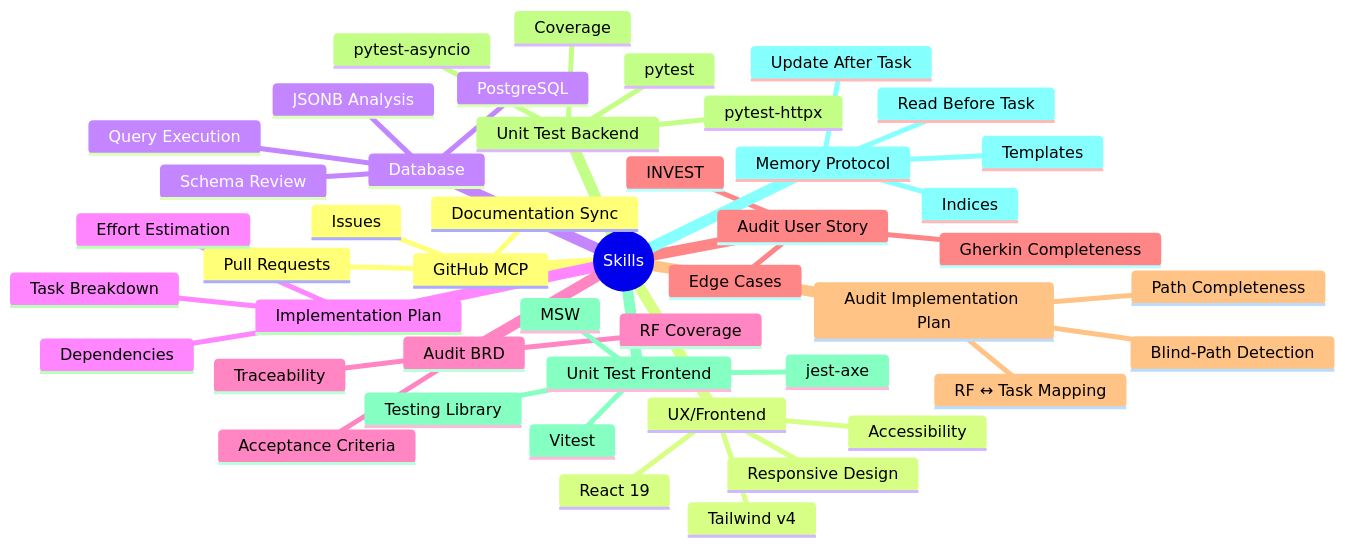
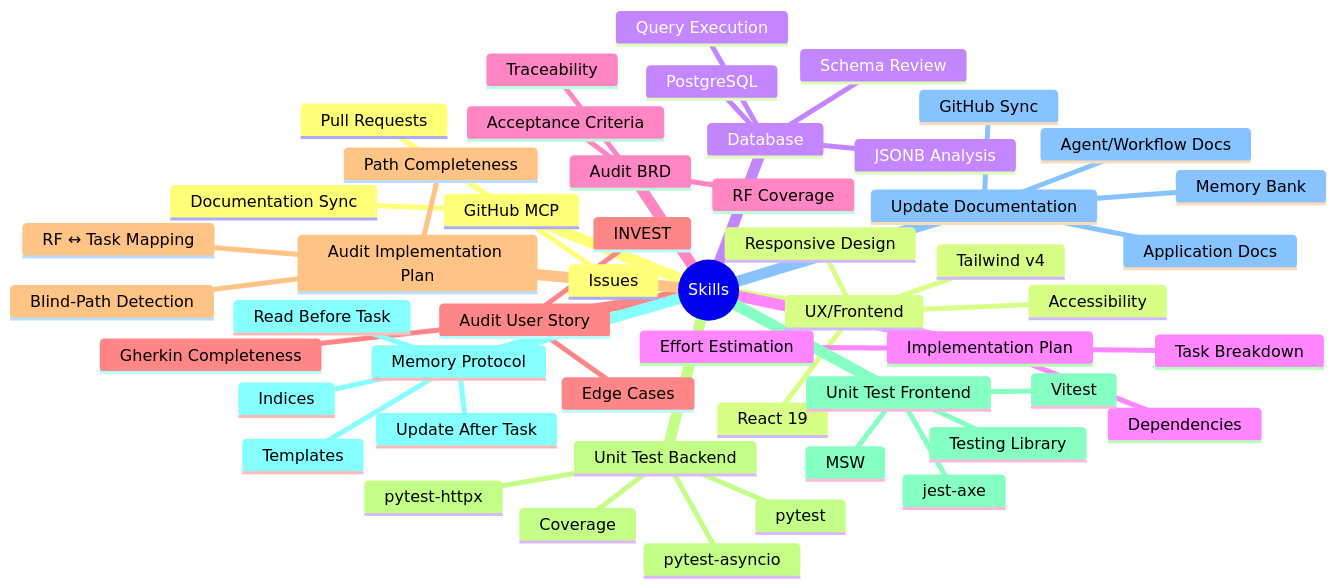
One commit to hgmancholam/novum changed the fifth of 8 diagrams in .github/workflow.md. Above: the diagram before and after it, drawn with Mermaid. The commit also changed other lines of this file and 16 other files, not shown here.

````diff
--- a/.github/workflow.md
+++ b/.github/workflow.md
@@ -374,49 +374,54 @@
 ```mermaid
 mindmap
   root((Skills))
     GitHub MCP
       Issues
       Pull Requests
       Documentation Sync
     UX/Frontend
       React 19
       Tailwind v4
       Accessibility
       Responsive Design
     Database
       PostgreSQL
       Schema Review
       Query Execution
       JSONB Analysis
     Implementation Plan
       Task Breakdown
       Dependencies
       Effort Estimation
     Audit BRD
       RF Coverage
       Acceptance Criteria
       Traceability
     Audit User Story
       INVEST
       Gherkin Completeness
       Edge Cases
     Audit Implementation Plan
       Blind-Path Detection
       RF ↔ Task Mapping
       Path Completeness
     Unit Test Backend
       pytest
       pytest-asyncio
       pytest-httpx
       Coverage
     Unit Test Frontend
       Vitest
       Testing Library
       jest-axe
       MSW
     Memory Protocol
       Read Before Task
       Update After Task
       Templates
       Indices
+    Update Documentation
+      Application Docs
+      Agent/Workflow Docs
+      Memory Bank
+      GitHub Sync
 ```
````
